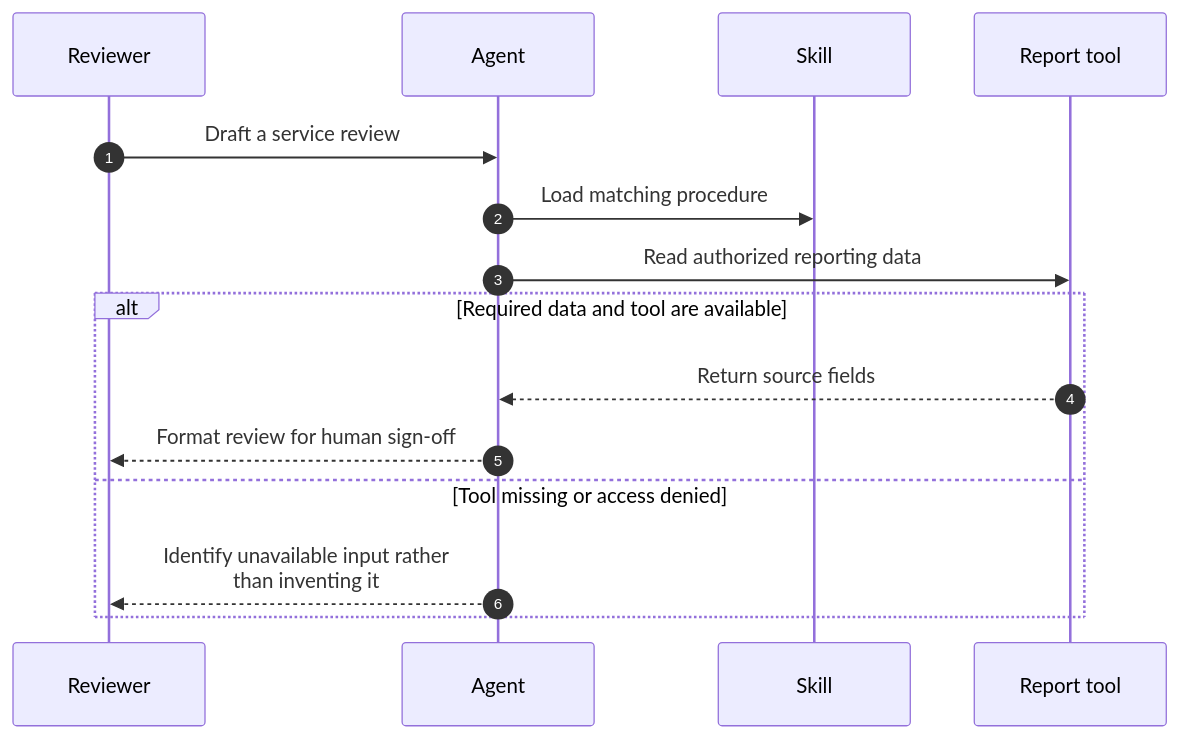
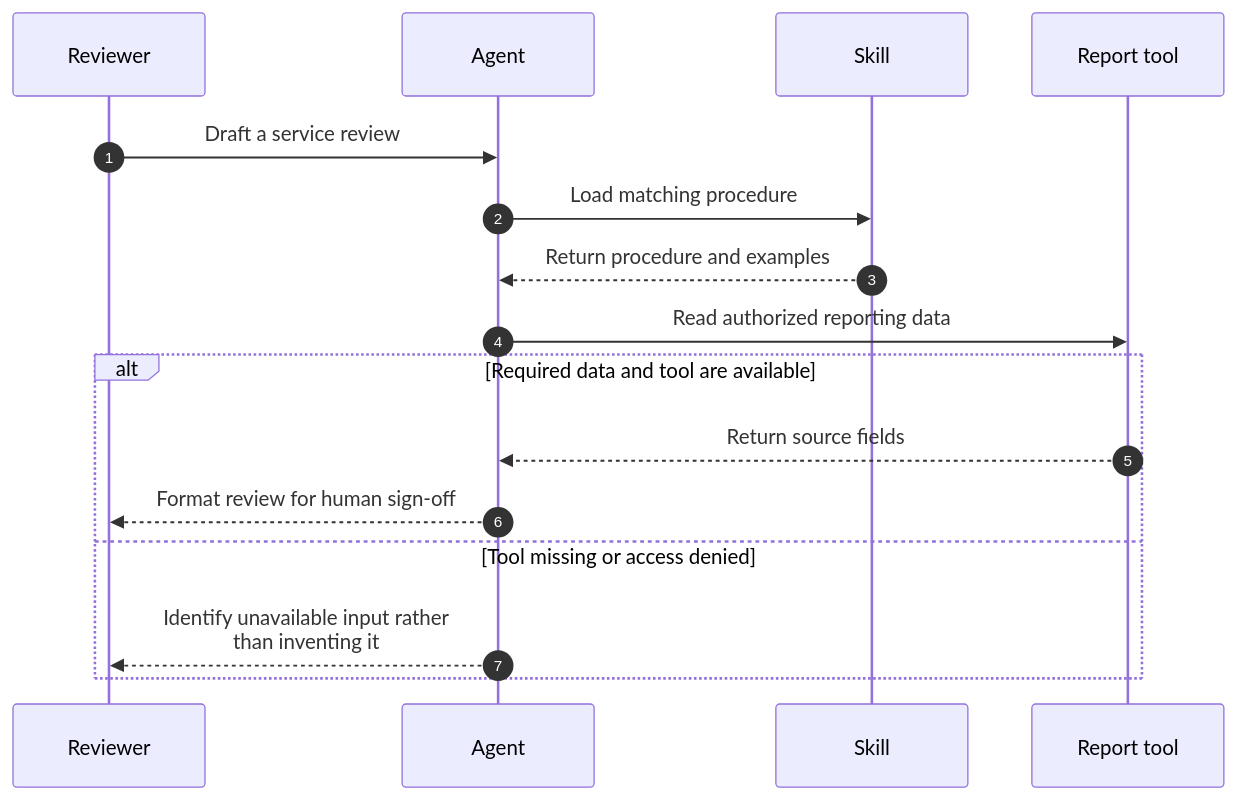
One commit to abhishek-ai-enabler/copilotstudio-architecture-patterns changed the second of 2 diagrams in technical-patterns/skill-package.md. Above: the diagram before and after it, drawn with Mermaid. The commit also changed other lines of this file and 41 other files, not shown here.

First line of the commit message:
Review diagrams: add return paths and fix flow accuracy

````diff
--- a/technical-patterns/skill-package.md
+++ b/technical-patterns/skill-package.md
@@ -32,18 +33,19 @@
 ```mermaid
 sequenceDiagram
     accTitle: Package reusable procedures as skills - technical flow
     autonumber
     participant U as Reviewer
     participant A as Agent
     participant S as Skill
     participant T as Report tool
     U->>A: Draft a service review
     A->>S: Load matching procedure
+    S-->>A: Return procedure and examples
     A->>T: Read authorized reporting data
     alt Required data and tool are available
-        T-->>A: Return source fields
-        A-->>U: Format review for human sign-off
+      T-->>A: Return source fields
+      A-->>U: Format review for human sign-off
     else Tool missing or access denied
-        A-->>U: Identify unavailable input rather<br/>than inventing it
+      A-->>U: Identify unavailable input rather<br/>than inventing it
     end
 ```
````
